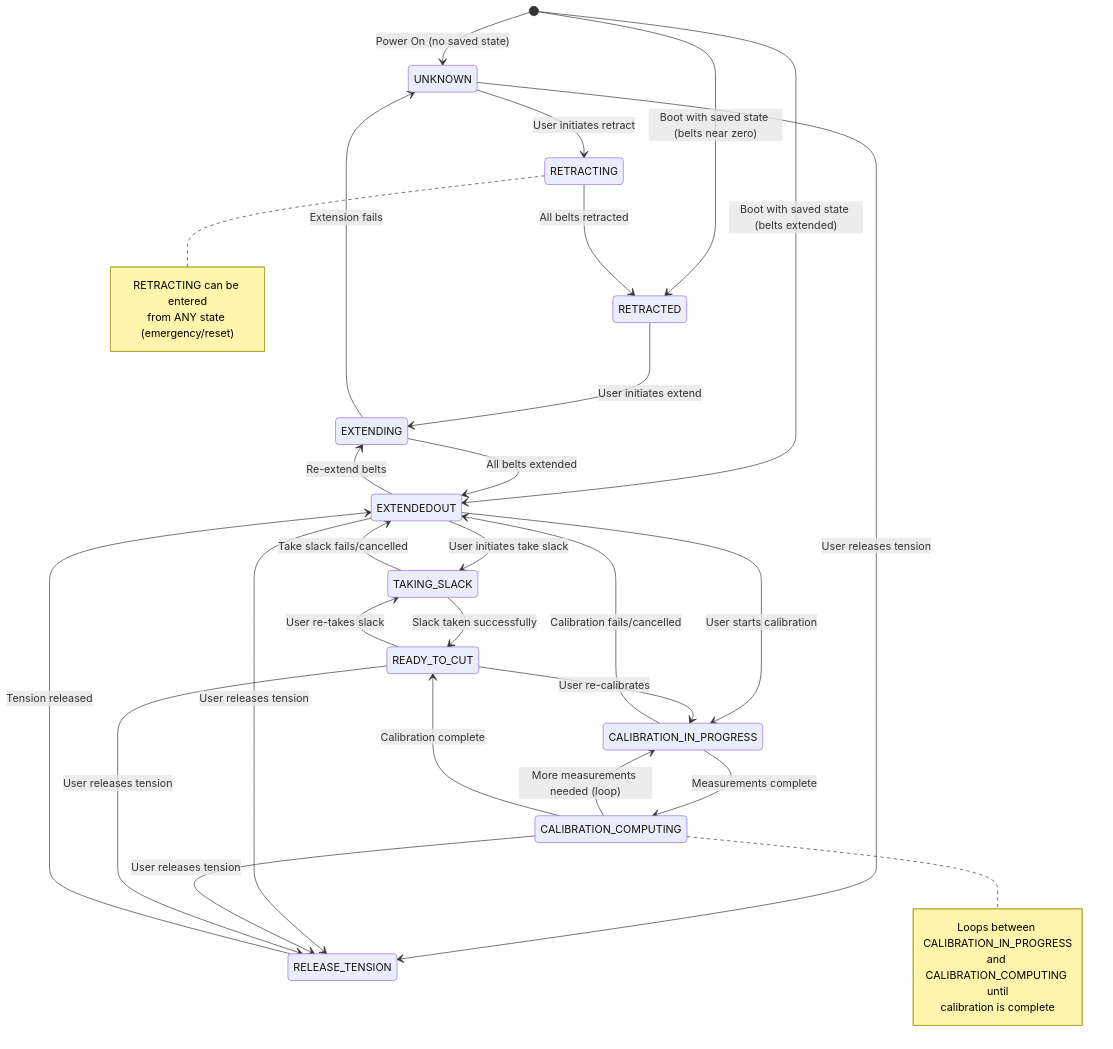
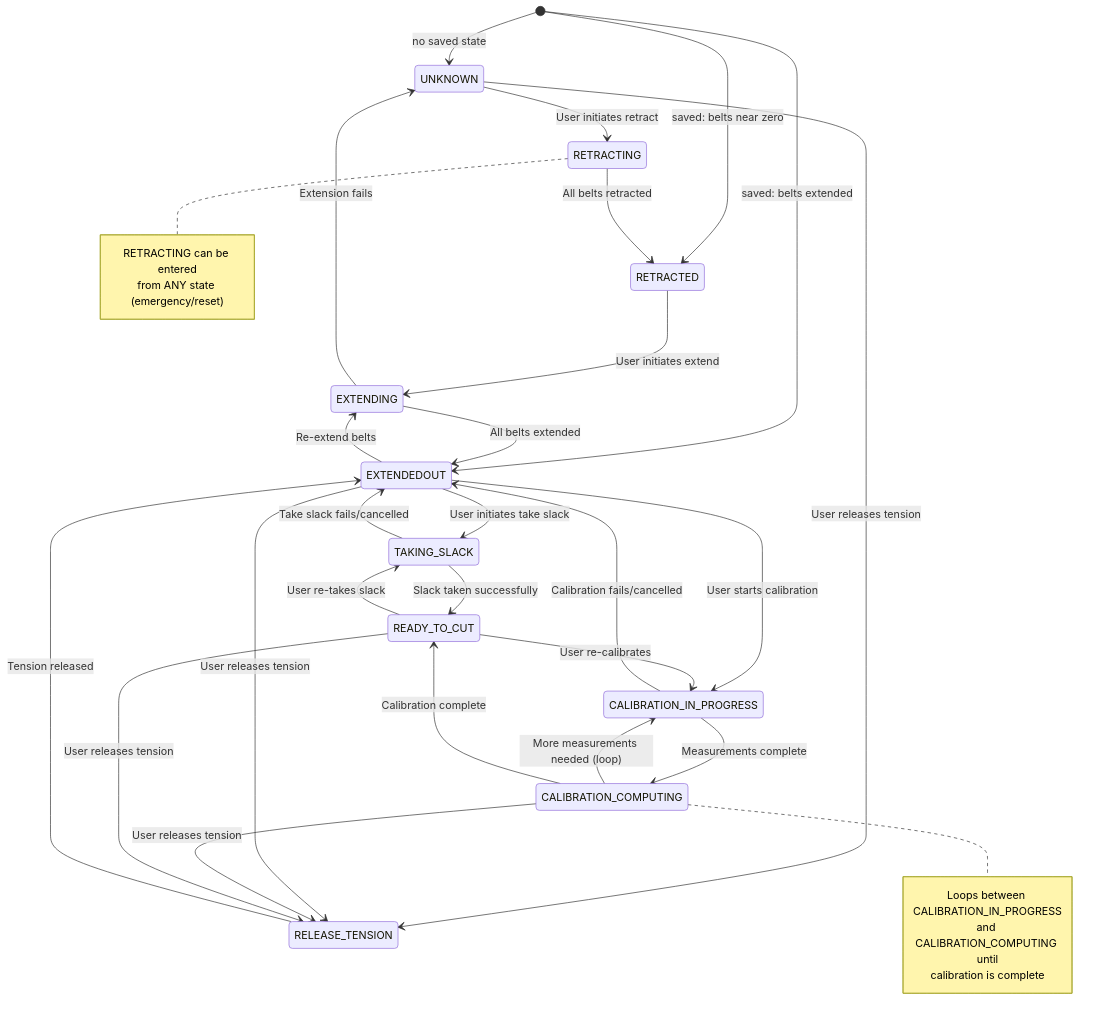
One commit to MaslowCNC/Maslow_4 changed the diagram in docs/state-diagram.md. Above: the diagram before and after it, drawn with Mermaid. The commit also changed 1 other file, not shown here.

Commit message:
Ensure all diagram formats have matching labels

````diff
--- a/docs/state-diagram.md
+++ b/docs/state-diagram.md
@@ -22,59 +22,59 @@
 ```mermaid
 stateDiagram-v2
-    [*] --> UNKNOWN: Power On (no saved state)
-    [*] --> RETRACTED: Boot with saved state (belts near zero)
-    [*] --> EXTENDEDOUT: Boot with saved state (belts extended)
+    [*] --> UNKNOWN: no saved state
+    [*] --> RETRACTED: saved: belts near zero
+    [*] --> EXTENDEDOUT: saved: belts extended
 
     %% UNKNOWN transitions
     UNKNOWN --> RETRACTING: User initiates retract
     UNKNOWN --> RELEASE_TENSION: User releases tension
 
     %% RETRACTING transitions
     RETRACTING --> RETRACTED: All belts retracted
 
     %% RETRACTED transitions
     RETRACTED --> EXTENDING: User initiates extend
 
     %% EXTENDING transitions
     EXTENDING --> EXTENDEDOUT: All belts extended
     EXTENDING --> UNKNOWN: Extension fails
 
     %% EXTENDEDOUT transitions
     EXTENDEDOUT --> EXTENDING: Re-extend belts
     EXTENDEDOUT --> TAKING_SLACK: User initiates take slack
     EXTENDEDOUT --> CALIBRATION_IN_PROGRESS: User starts calibration
     EXTENDEDOUT --> RELEASE_TENSION: User releases tension
 
     %% TAKING_SLACK transitions
     TAKING_SLACK --> READY_TO_CUT: Slack taken successfully
     TAKING_SLACK --> EXTENDEDOUT: Take slack fails/cancelled
 
     %% CALIBRATION_IN_PROGRESS transitions
     CALIBRATION_IN_PROGRESS --> CALIBRATION_COMPUTING: Measurements complete
     CALIBRATION_IN_PROGRESS --> EXTENDEDOUT: Calibration fails/cancelled
 
     %% CALIBRATION_COMPUTING transitions (loops back until complete)
     CALIBRATION_COMPUTING --> CALIBRATION_IN_PROGRESS: More measurements needed (loop)
     CALIBRATION_COMPUTING --> READY_TO_CUT: Calibration complete
     CALIBRATION_COMPUTING --> RELEASE_TENSION: User releases tension
 
     note right of CALIBRATION_COMPUTING
         Loops between CALIBRATION_IN_PROGRESS
         and CALIBRATION_COMPUTING until
         calibration is complete
     end note
 
     %% READY_TO_CUT transitions
     READY_TO_CUT --> TAKING_SLACK: User re-takes slack
     READY_TO_CUT --> CALIBRATION_IN_PROGRESS: User re-calibrates
     READY_TO_CUT --> RELEASE_TENSION: User releases tension
 
     %% RELEASE_TENSION transitions
     RELEASE_TENSION --> EXTENDEDOUT: Tension released
 
     %% Global transitions (available from any state)
     note right of RETRACTING
         RETRACTING can be entered
         from ANY state (emergency/reset)
     end note
 ```
````
